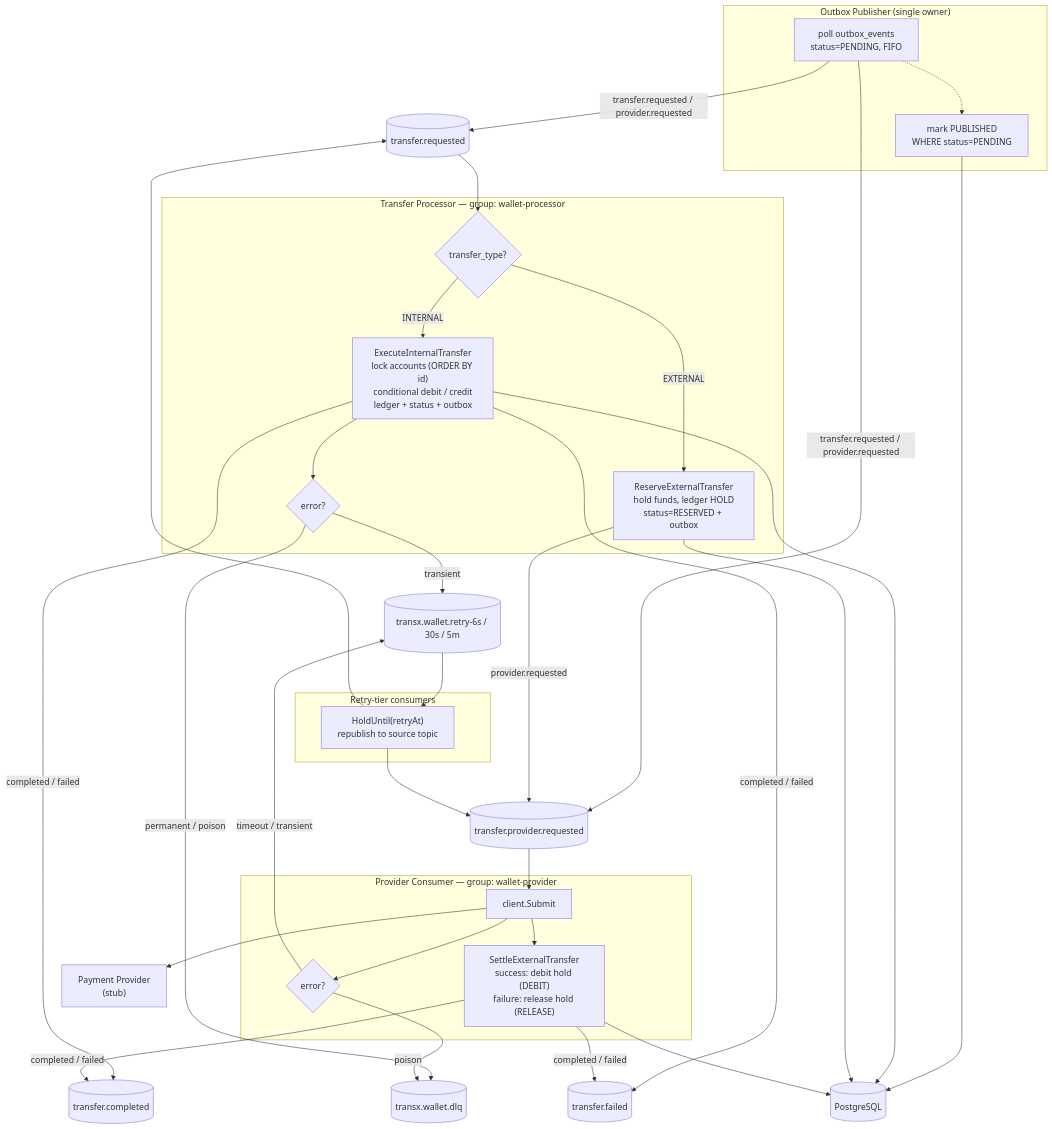
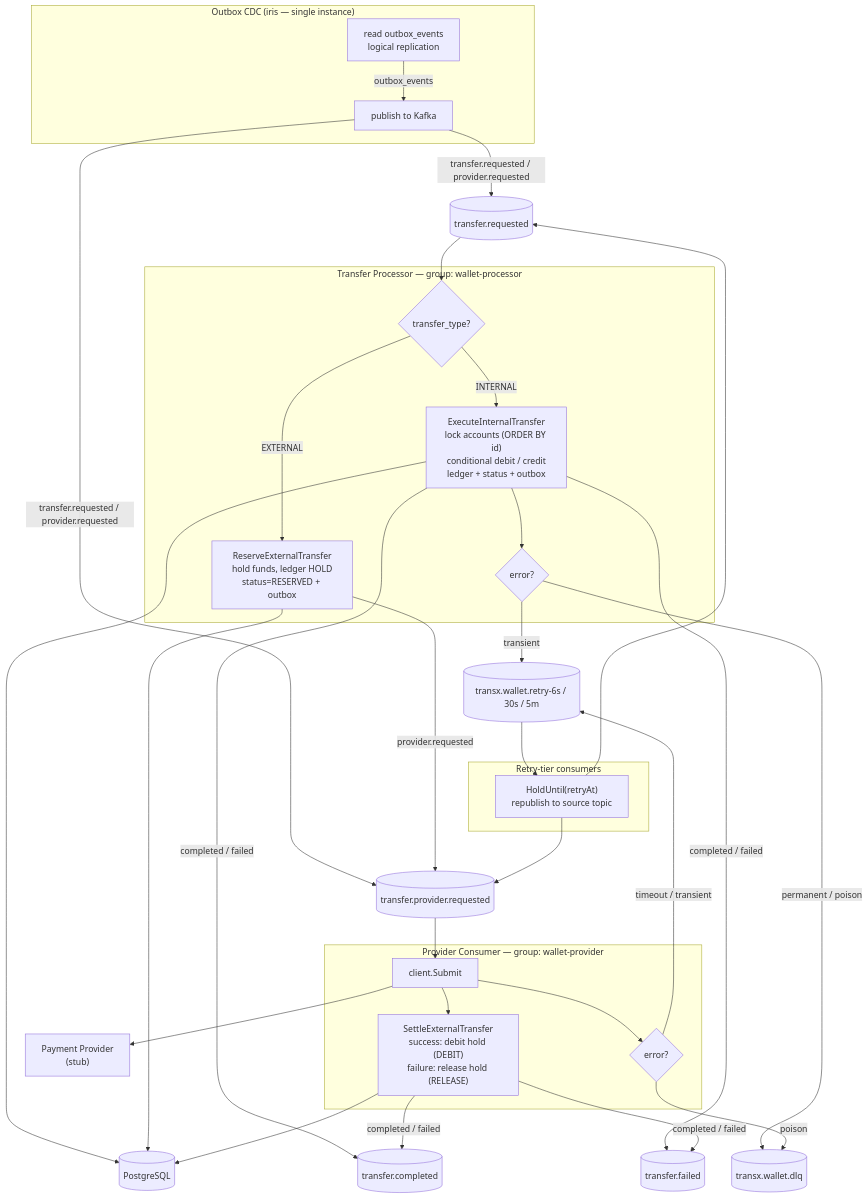
The fourth of 5 diagrams in README.md (Phathdt/transx), drawn with Mermaid before and after one commit. The commit also changed other lines of this file and 23 other files, not shown here.

First line of the commit message:
feat(wallet): replace outbox-replayer with iris CDC pipeline (#10)

````diff
--- a/README.md
+++ b/README.md
@@ -499,59 +497,58 @@
 ```mermaid
 flowchart TD
     DB[("PostgreSQL")]
     RPREQ[("transfer.requested")]
     RPPROV[("transfer.provider.requested")]
     RPDONE[("transfer.completed")]
     RPFAIL[("transfer.failed")]
     PROV["Payment Provider\n(stub)"]
     RETRY[("transx.wallet.retry-6s / 30s / 5m")]
     DLQ[("transx.wallet.dlq")]
 
-    subgraph Publisher["Outbox Publisher (single owner)"]
-        POLL["poll outbox_events\nstatus=PENDING, FIFO"]
-        MARK["mark PUBLISHED\nWHERE status=PENDING"]
+    subgraph CDC["Outbox CDC (iris — single instance)"]
+        POLL["read outbox_events\nlogical replication"]
+        PUSH["publish to Kafka"]
     end
 
     subgraph Processor["Transfer Processor — group: wallet-processor"]
         ROUTE{"transfer_type?"}
         EXEC["ExecuteInternalTransfer\nlock accounts (ORDER BY id)\nconditional debit / credit\nledger + status + outbox"]
         RESV["ReserveExternalTransfer\nhold funds, ledger HOLD\nstatus=RESERVED + outbox"]
         CLASS{"error?"}
     end
 
     subgraph Provider["Provider Consumer — group: wallet-provider"]
         SUBMIT["client.Submit"]
         SETTLE["SettleExternalTransfer\nsuccess: debit hold (DEBIT)\nfailure: release hold (RELEASE)"]
         PCLASS{"error?"}
     end
 
     subgraph Retry["Retry-tier consumers"]
         HOLD["HoldUntil(retryAt)\nrepublish to source topic"]
     end
 
-    POLL -->|"transfer.requested / provider.requested"| RPREQ & RPPROV
-    POLL -.-> MARK
-    MARK --> DB
+    POLL -->|"outbox_events"| PUSH
+    PUSH -->|"transfer.requested / provider.requested"| RPREQ & RPPROV
 
     RPREQ --> ROUTE
     ROUTE -->|INTERNAL| EXEC
     ROUTE -->|EXTERNAL| RESV
     EXEC --> DB
     RESV --> DB
     RESV -->|provider.requested| RPPROV
     EXEC -->|completed / failed| RPDONE & RPFAIL
     EXEC --> CLASS
     CLASS -->|transient| RETRY
     CLASS -->|permanent / poison| DLQ
 
     RPPROV --> SUBMIT
     SUBMIT --> PROV
     SUBMIT --> SETTLE
     SETTLE --> DB
     SETTLE -->|completed / failed| RPDONE & RPFAIL
     SUBMIT --> PCLASS
     PCLASS -->|timeout / transient| RETRY
     PCLASS -->|poison| DLQ
     RETRY --> HOLD
     HOLD --> RPREQ & RPPROV
 ```
````
